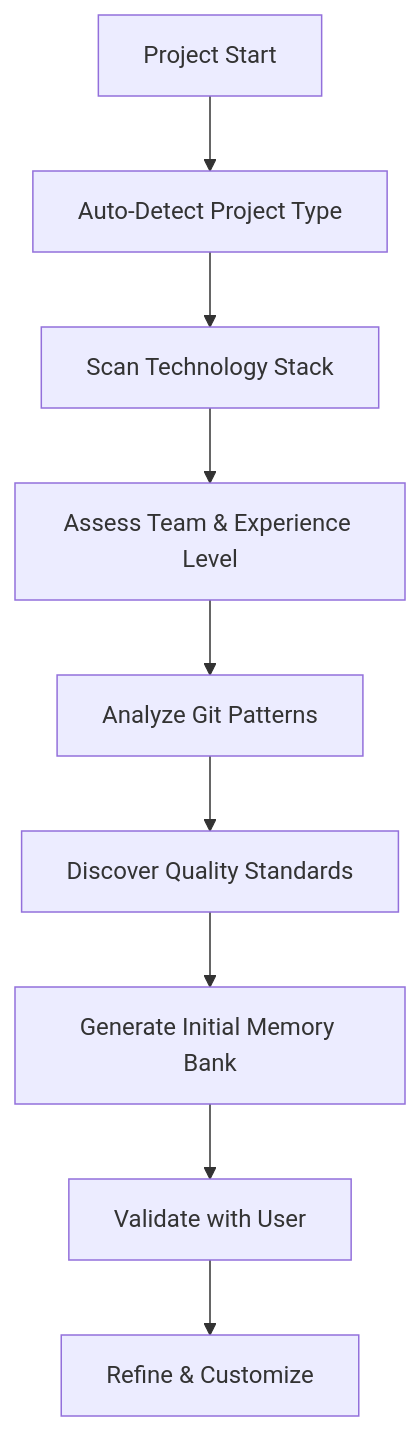
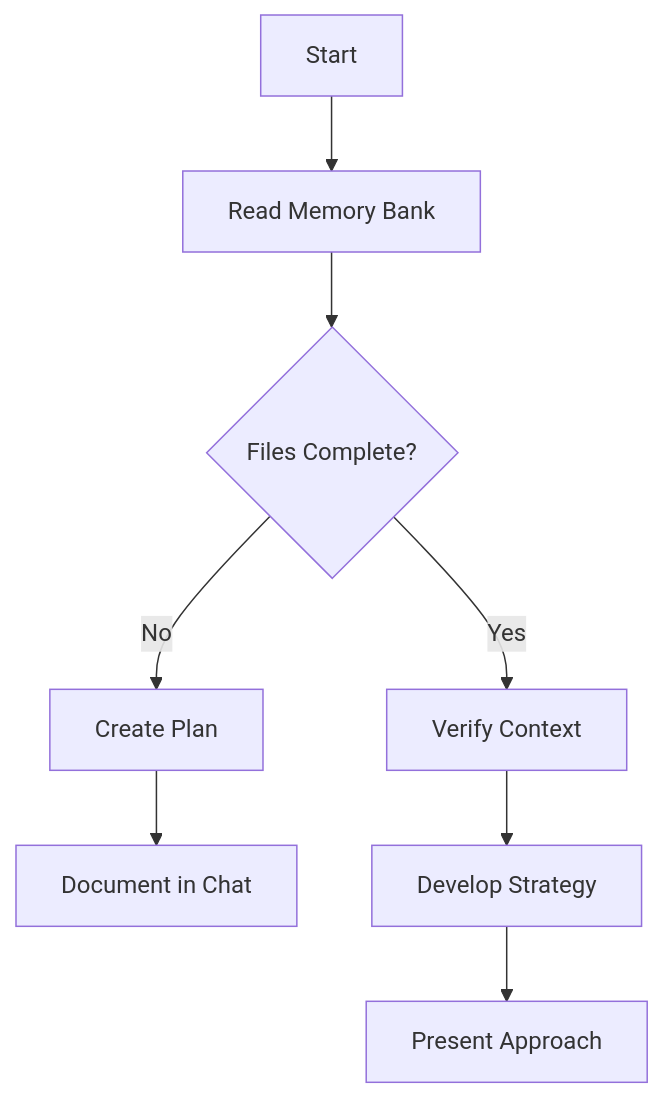
One commit to ishwar-chandra/llm-profiles-prompts changed the second of 5 diagrams in augment memorybank.md. Above: the diagram before and after it, drawn with Mermaid. The commit also changed other lines of this file, not shown here.

````diff
--- a/augment memorybank.md
+++ b/augment memorybank.md
@@ -243,11 +70,12 @@
 ```mermaid
 flowchart TD
-    Start[Project Start] --> Detect[Auto-Detect Project Type]
-    Detect --> Scan[Scan Technology Stack]
-    Scan --> Assess[Assess Team & Experience Level]
-    Assess --> Analyze[Analyze Git Patterns]
-    Analyze --> Discover[Discover Quality Standards]
-    Discover --> Generate[Generate Initial Memory Bank]
-    Generate --> Validate[Validate with User]
-    Validate --> Refine[Refine & Customize]
+    Start[Start] --> ReadFiles[Read Memory Bank]
+    ReadFiles --> CheckFiles{Files Complete?}
+    
+    CheckFiles -->|No| Plan[Create Plan]
+    Plan --> Document[Document in Chat]
+    
+    CheckFiles -->|Yes| Verify[Verify Context]
+    Verify --> Strategy[Develop Strategy]
+    Strategy --> Present[Present Approach]
 ```
````
